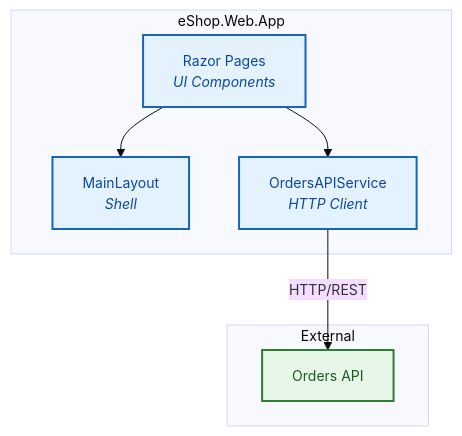
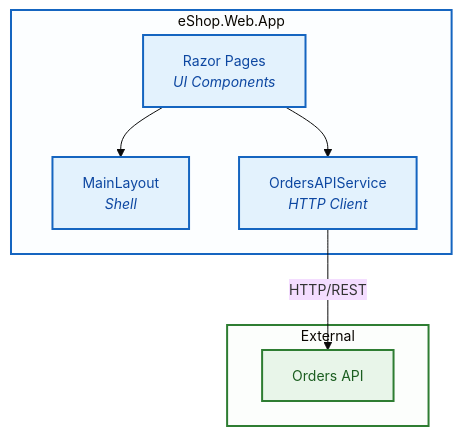
Before and after one commit to Evilazaro/Azure-LogicApps-Monitoring: the third of 5 diagrams in docs/architecture/03-application-architecture.md, drawn with Mermaid. The commit also changed other lines of this file and 1 other file, not shown here.

Commit message:
Enhance architecture diagrams with improved subgraph container styling for better visual layer grouping

````diff
--- a/docs/architecture/03-application-architecture.md
+++ b/docs/architecture/03-application-architecture.md
@@ -203,24 +213,28 @@
 ```mermaid
 %%{init: {'theme': 'base', 'themeVariables': { 'fontSize': '14px'}}}%%
 flowchart TB
     subgraph WebApp["eShop.Web.App"]
         Pages["Razor Pages<br/><i>UI Components</i>"]
         Layout["MainLayout<br/><i>Shell</i>"]
         APIService["OrdersAPIService<br/><i>HTTP Client</i>"]
     end
 
     subgraph External["External"]
         API["Orders API"]
     end
 
     Pages --> Layout
     Pages --> APIService
     APIService -->|"HTTP/REST"| API
 
     %% Accessible color palette
     classDef internal fill:#e3f2fd,stroke:#1565c0,stroke-width:2px,color:#0d47a1
     classDef external fill:#e8f5e9,stroke:#2e7d32,stroke-width:2px,color:#1b5e20
 
     class Pages,Layout,APIService internal
     class API external
+
+    %% Subgraph container styling for visual layer grouping
+    style WebApp fill:#e3f2fd22,stroke:#1565c0,stroke-width:2px
+    style External fill:#e8f5e922,stroke:#2e7d32,stroke-width:2px
 ```
````
